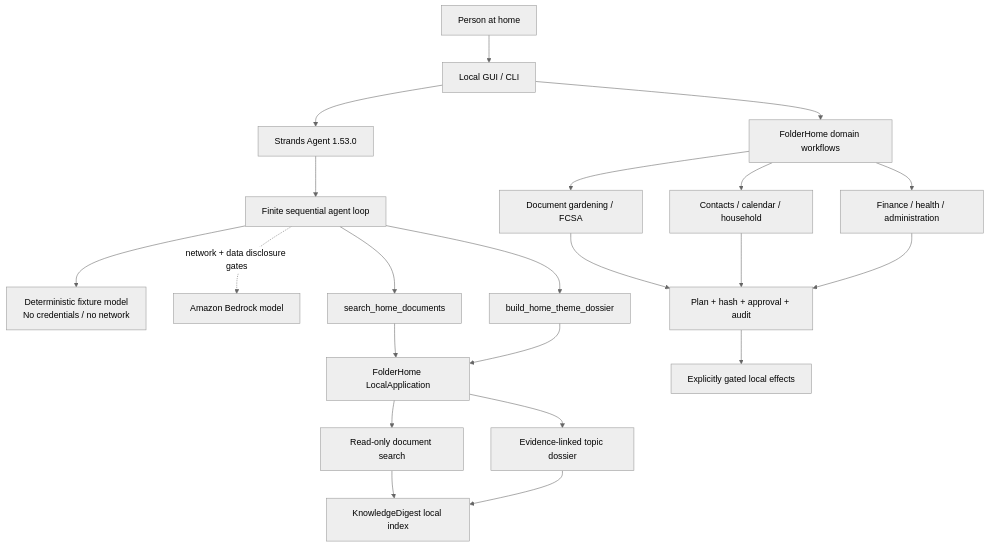
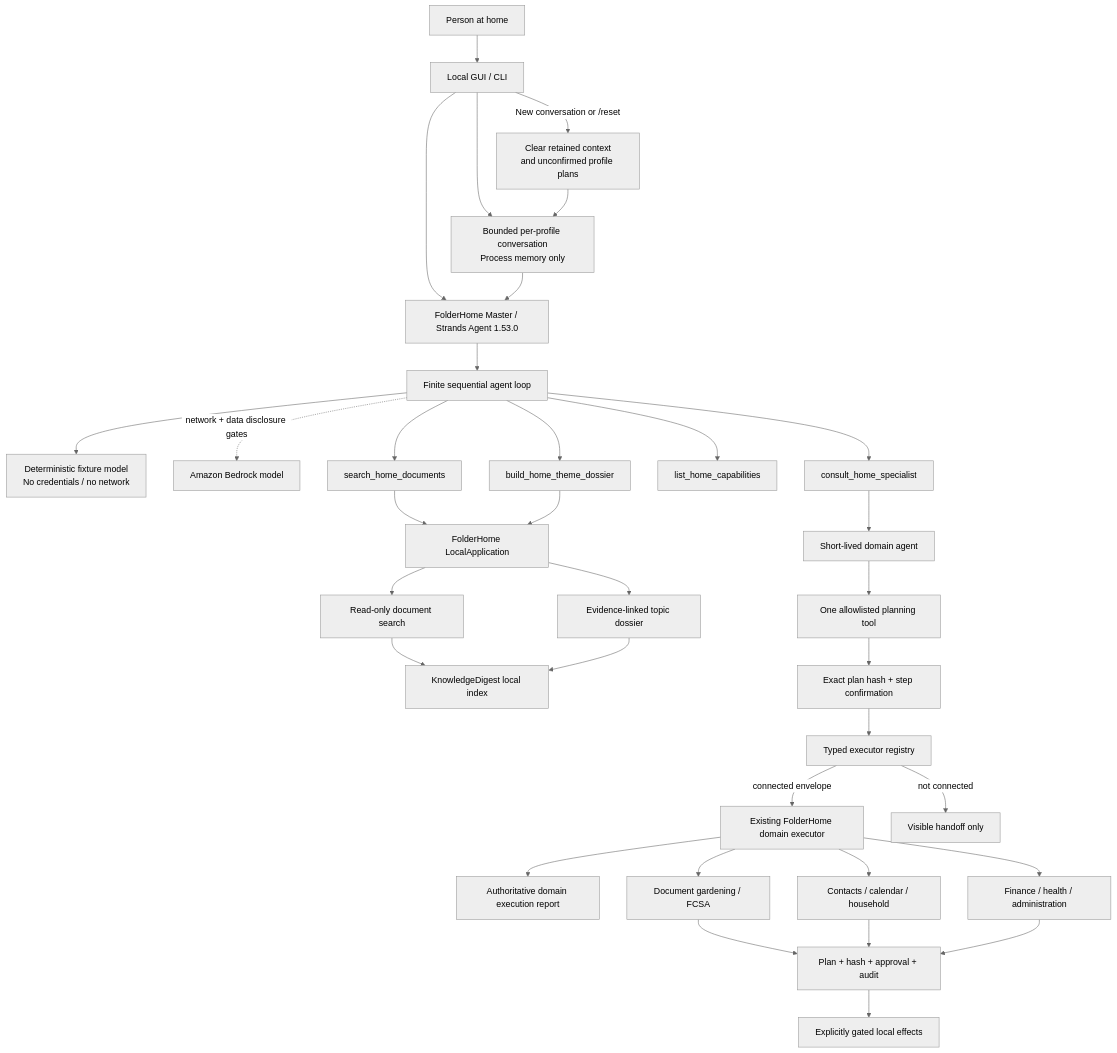
Before and after one commit to ellmos-ai/FolderHome: the diagram in docs/submission/ARCHITECTURE_DIAGRAM.md, drawn with Mermaid (neutral theme). The commit also changed other lines of this file and 32 other files, not shown here.

First line of the commit message:
docs(brand): publish FolderHome design system

````diff
--- a/docs/submission/ARCHITECTURE_DIAGRAM.md
+++ b/docs/submission/ARCHITECTURE_DIAGRAM.md
@@ -3,24 +3,36 @@
 ```mermaid
 flowchart TB
   Human[Person at home] --> UI[Local GUI / CLI]
-  UI --> Agent[Strands Agent 1.53.0]
+  UI --> Agent[FolderHome Master / Strands Agent 1.53.0]
+  UI --> Memory[Bounded per-profile conversation\nProcess memory only]
+  Memory --> Agent
+  UI -->|New conversation or /reset| Reset[Clear retained context\nand unconfirmed profile plans]
+  Reset --> Memory
   Agent --> Loop[Finite sequential agent loop]
   Loop --> Fixture[Deterministic fixture model\nNo credentials / no network]
   Loop -. network + data disclosure gates .-> Bedrock[Amazon Bedrock model]
   Loop --> SearchTool[search_home_documents]
   Loop --> DossierTool[build_home_theme_dossier]
+  Loop --> CatalogTool[list_home_capabilities]
+  Loop --> SpecialistTool[consult_home_specialist]
+  SpecialistTool --> Specialist[Short-lived domain agent]
+  Specialist --> PlanTool[One allowlisted planning tool]
   SearchTool --> LocalApp[FolderHome LocalApplication]
   DossierTool --> LocalApp
   LocalApp --> Search[Read-only document search]
   LocalApp --> Dossier[Evidence-linked topic dossier]
   Search --> KD[KnowledgeDigest local index]
   Dossier --> KD
-  UI --> Domain[FolderHome domain workflows]
+  PlanTool --> Confirm[Exact plan hash + step confirmation]
+  Confirm --> Registry[Typed executor registry]
+  Registry -->|connected envelope| Domain[Existing FolderHome domain executor]
+  Registry -->|not connected| Handoff[Visible handoff only]
+  Domain --> Report[Authoritative domain execution report]
   Domain --> Docs[Document gardening / FCSA]
   Domain --> Home[Contacts / calendar / household]
   Domain --> Sensitive[Finance / health / administration]
   Docs --> Gates[Plan + hash + approval + audit]
   Home --> Gates
   Sensitive --> Gates
   Gates --> Effects[Explicitly gated local effects]
 ```
````
